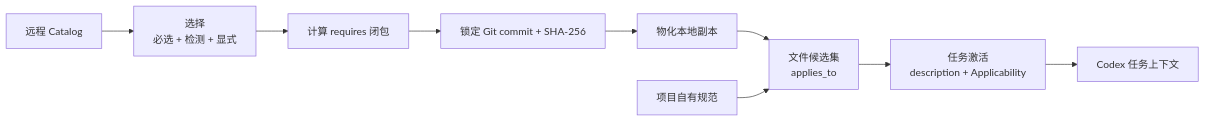
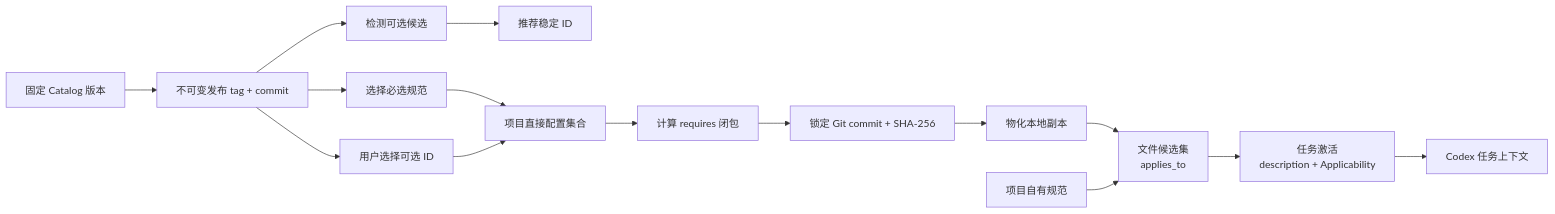
Before and after one commit to XiaoWeiKIN/EngineeringSpecifications: the second of 4 diagrams in docs/specification-model.zh-CN.md, drawn with Mermaid. The commit also changed other lines of this file and 13 other files, not shown here.

````diff
--- a/docs/specification-model.zh-CN.md
+++ b/docs/specification-model.zh-CN.md
@@ -91,11 +94,17 @@
 ```mermaid
 flowchart LR
-    Catalog["远程 Catalog"] --> Select["选择<br/>必选 + 检测 + 显式"]
+    Version["固定 Catalog 版本"] --> Catalog["不可变发布 tag + commit"]
+    Catalog --> Required["选择必选规范"]
+    Catalog --> Detect["检测可选候选"]
+    Detect --> Recommend["推荐稳定 ID"]
+    Catalog --> Explicit["用户选择可选 ID"]
+    Required --> Select["项目直接配置集合"]
+    Explicit --> Select
     Select --> Closure["计算 requires 闭包"]
     Closure --> Lock["锁定 Git commit + SHA-256"]
     Lock --> Local["物化本地副本"]
     Local --> Scope["文件候选集<br/>applies_to"]
     Project["项目自有规范"] --> Scope
     Scope --> Activate["任务激活<br/>description + Applicability"]
     Activate --> Codex["Codex 任务上下文"]
 ```
````
